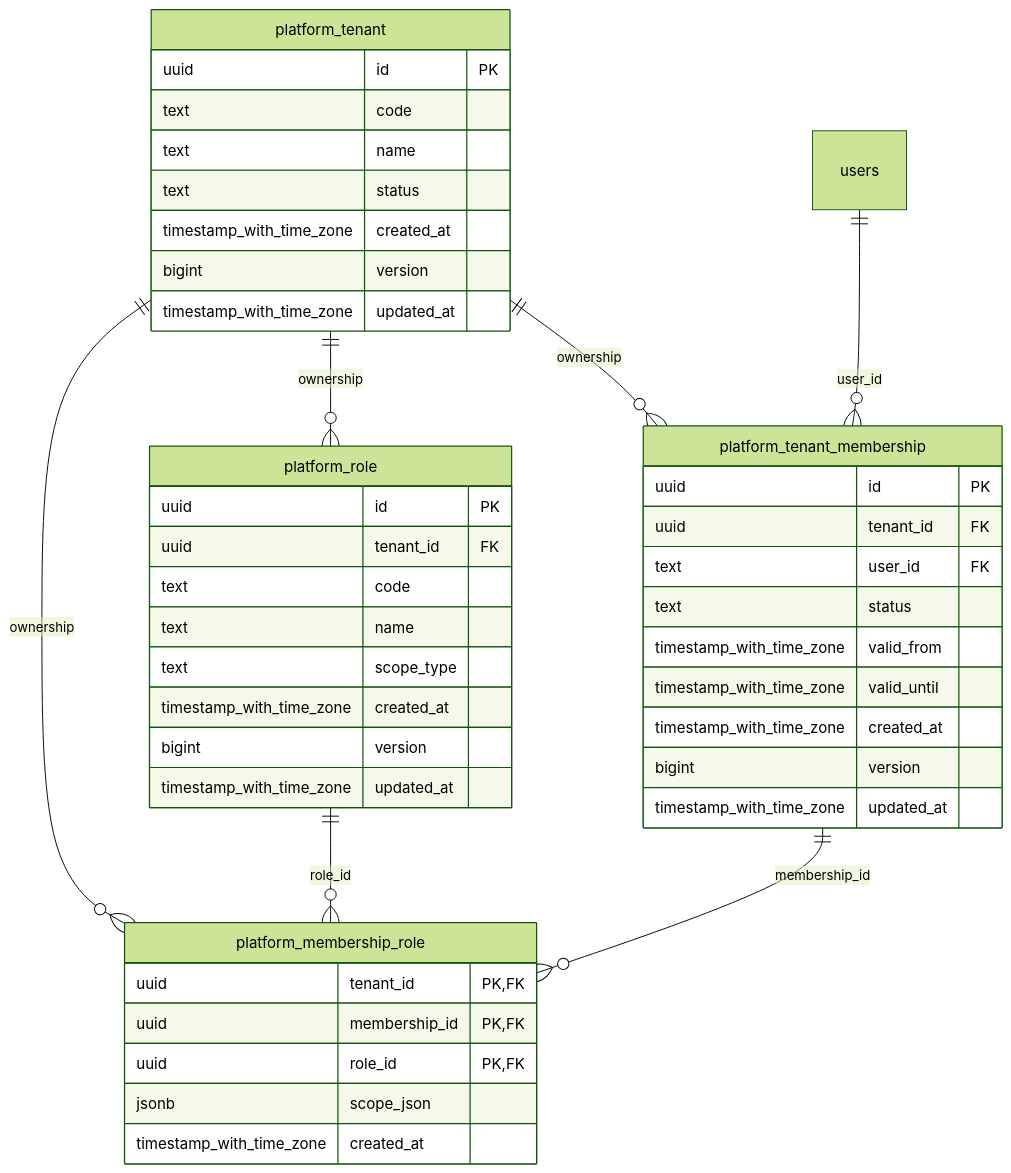
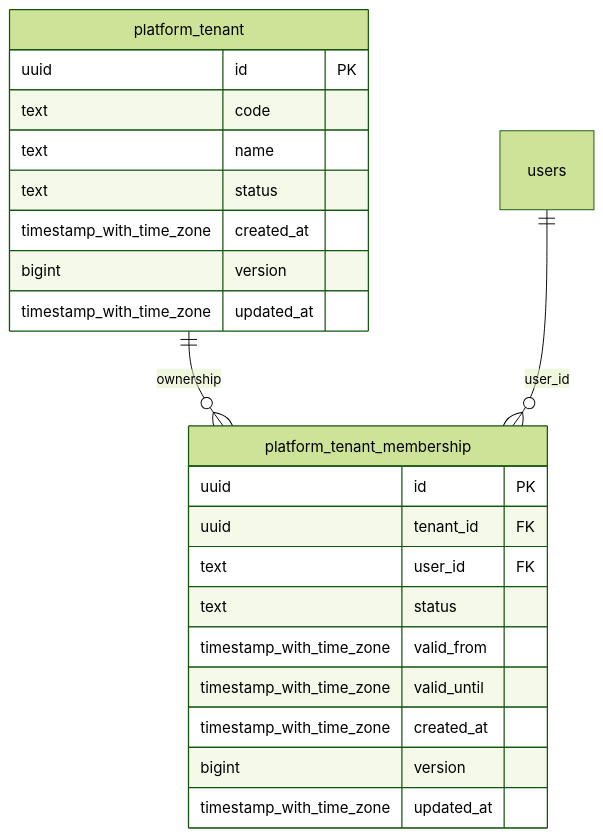
One commit to nguyennanganhdev/AI-Workforce-Platform changed the diagram in docs/erd/physical/platform-identity.md. Above: the diagram before and after it, drawn with Mermaid (forest theme). The commit also changed other lines of this file and 146 other files, not shown here.

Commit message:
feat(db): consolidate P0 database schema and documentation

````diff
--- a/docs/erd/physical/platform-identity.md
+++ b/docs/erd/physical/platform-identity.md
@@ -5,46 +5,25 @@
 ```mermaid
 erDiagram
-  platform_membership_role {
-    uuid tenant_id PK, FK
-    uuid membership_id PK, FK
-    uuid role_id PK, FK
-    jsonb scope_json
-    timestamp_with_time_zone created_at
-  }
-  platform_tenant ||--o{ platform_membership_role : "ownership"
-  platform_tenant_membership ||--o{ platform_membership_role : "membership_id"
-  platform_role ||--o{ platform_membership_role : "role_id"
-  platform_role {
-    uuid id PK
-    uuid tenant_id FK
-    text code
-    text name
-    text scope_type
-    timestamp_with_time_zone created_at
-    bigint version
-    timestamp_with_time_zone updated_at
-  }
-  platform_tenant ||--o{ platform_role : "ownership"
   platform_tenant {
     uuid id PK
     text code
     text name
     text status
     timestamp_with_time_zone created_at
     bigint version
     timestamp_with_time_zone updated_at
   }
   platform_tenant_membership {
     uuid id PK
     uuid tenant_id FK
     text user_id FK
     text status
     timestamp_with_time_zone valid_from
     timestamp_with_time_zone valid_until
     timestamp_with_time_zone created_at
     bigint version
     timestamp_with_time_zone updated_at
   }
   platform_tenant ||--o{ platform_tenant_membership : "ownership"
   users ||--o{ platform_tenant_membership : "user_id"
 ```
````
